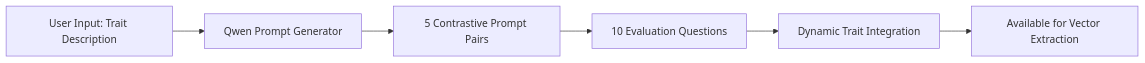
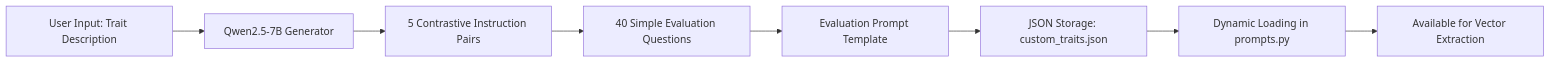
Before and after one commit to sbayer2/cross-model-persona-steering: the third of 3 diagrams in README.md, drawn with Mermaid. The commit also changed other lines of this file and 13 other files, not shown here.

````diff
--- a/README.md
+++ b/README.md
@@ -155,8 +170,10 @@
 ```mermaid
 graph LR
-    A[User Input: Trait Description] --> B[Qwen Prompt Generator]
-    B --> C[5 Contrastive Prompt Pairs]
-    C --> D[10 Evaluation Questions]
-    D --> E[Dynamic Trait Integration]
-    E --> F[Available for Vector Extraction]
+    A[User Input: Trait Description] --> B[Qwen2.5-7B Generator]
+    B --> C[5 Contrastive Instruction Pairs]
+    C --> D[40 Simple Evaluation Questions]
+    D --> E[Evaluation Prompt Template]
+    E --> F[JSON Storage: custom_traits.json]
+    F --> G[Dynamic Loading in prompts.py]
+    G --> H[Available for Vector Extraction]
 ```
````
